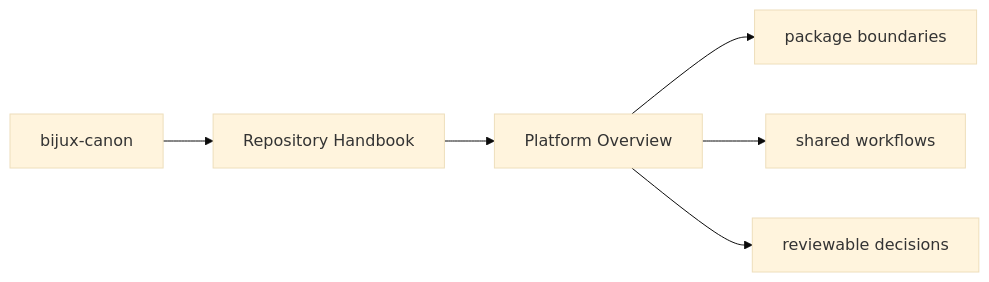
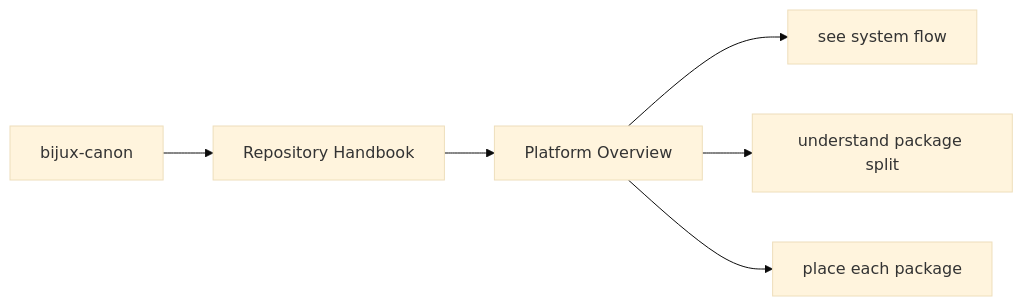
One commit to bijux/bijux-canon changed the first of 2 diagrams in docs/bijux-canon/platform-overview.md. Above: the diagram before and after it, drawn with Mermaid (base theme). The commit also changed other lines of this file and 11 other files, not shown here.

Commit message:
docs(diagrams): clarify root handbook maps

````diff
--- a/docs/bijux-canon/platform-overview.md
+++ b/docs/bijux-canon/platform-overview.md
@@ -33,11 +33,11 @@
 ```mermaid
 flowchart LR
     scope["bijux-canon"] --> section["Repository Handbook"]
     section --> page["Platform Overview"]
-    dest1["package boundaries"]
-    dest2["shared workflows"]
-    dest3["reviewable decisions"]
+    dest1["see system flow"]
+    dest2["understand package split"]
+    dest3["place each package"]
     page --> dest1
     page --> dest2
     page --> dest3
 ```
````
